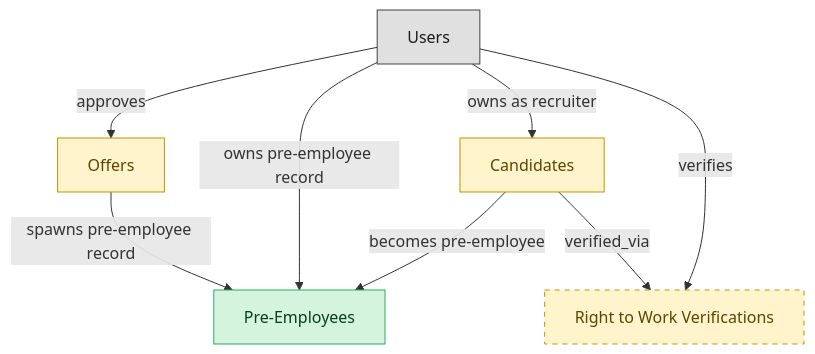
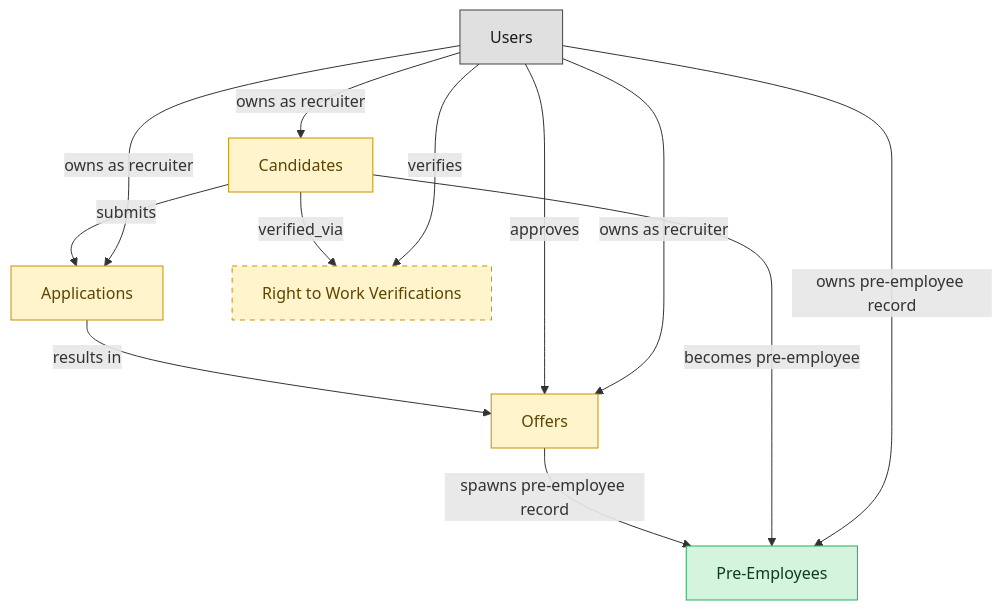
One commit to IntranetFactory/domain-map changed the diagram in catalog/blueprints/ats-pre-employee-record-semantic-blueprint.md. Above: the diagram before and after it, drawn with Mermaid. The commit also changed other lines of this file and 122 other files, not shown here.

````diff
--- a/catalog/blueprints/ats-pre-employee-record-semantic-blueprint.md
+++ b/catalog/blueprints/ats-pre-employee-record-semantic-blueprint.md
@@ -33,24 +35,30 @@
 ```mermaid
 flowchart TD
   classDef master fill:#d4f4dd,stroke:#27ae60,color:#0b3d20;
   classDef embedded_master fill:#fff4cc,stroke:#c79100,color:#5b4500;
   classDef platform_builtin fill:#e0e0e0,stroke:#424242,color:#1a1a1a;
   candidates["Candidates"]
+  job_applications["Applications"]
   job_offers["Offers"]
   pre_employees["Pre-Employees"]
   right_to_work_verifications["Right to Work Verifications"]
   users["Users"]
+  candidates -->|"submits"| job_applications
+  job_applications -->|"results in"| job_offers
   job_offers -->|"spawns pre-employee record"| pre_employees
   candidates -->|"becomes pre-employee"| pre_employees
   candidates -->|"verified_via"| right_to_work_verifications
+  users -->|"owns as recruiter"| job_applications
   users -->|"approves"| job_offers
   users -->|"owns pre-employee record"| pre_employees
   users -->|"owns as recruiter"| candidates
   users -->|"verifies"| right_to_work_verifications
+  users -->|"owns as recruiter"| job_offers
   class candidates embedded_master;
+  class job_applications embedded_master;
   class job_offers embedded_master;
   class pre_employees master;
   class right_to_work_verifications embedded_master;
   class users platform_builtin;
   style right_to_work_verifications stroke-dasharray:5 5;
 ```
````
